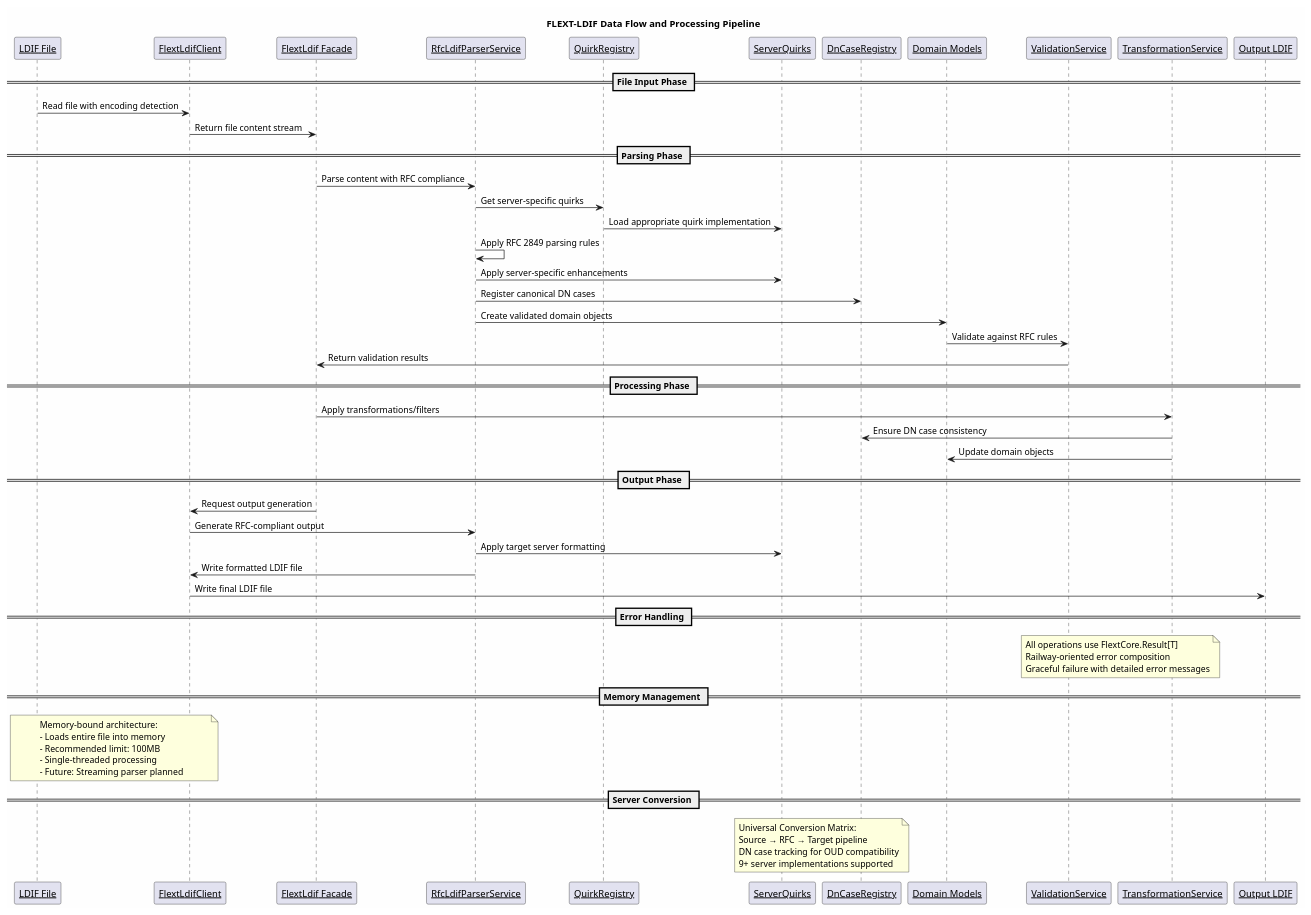
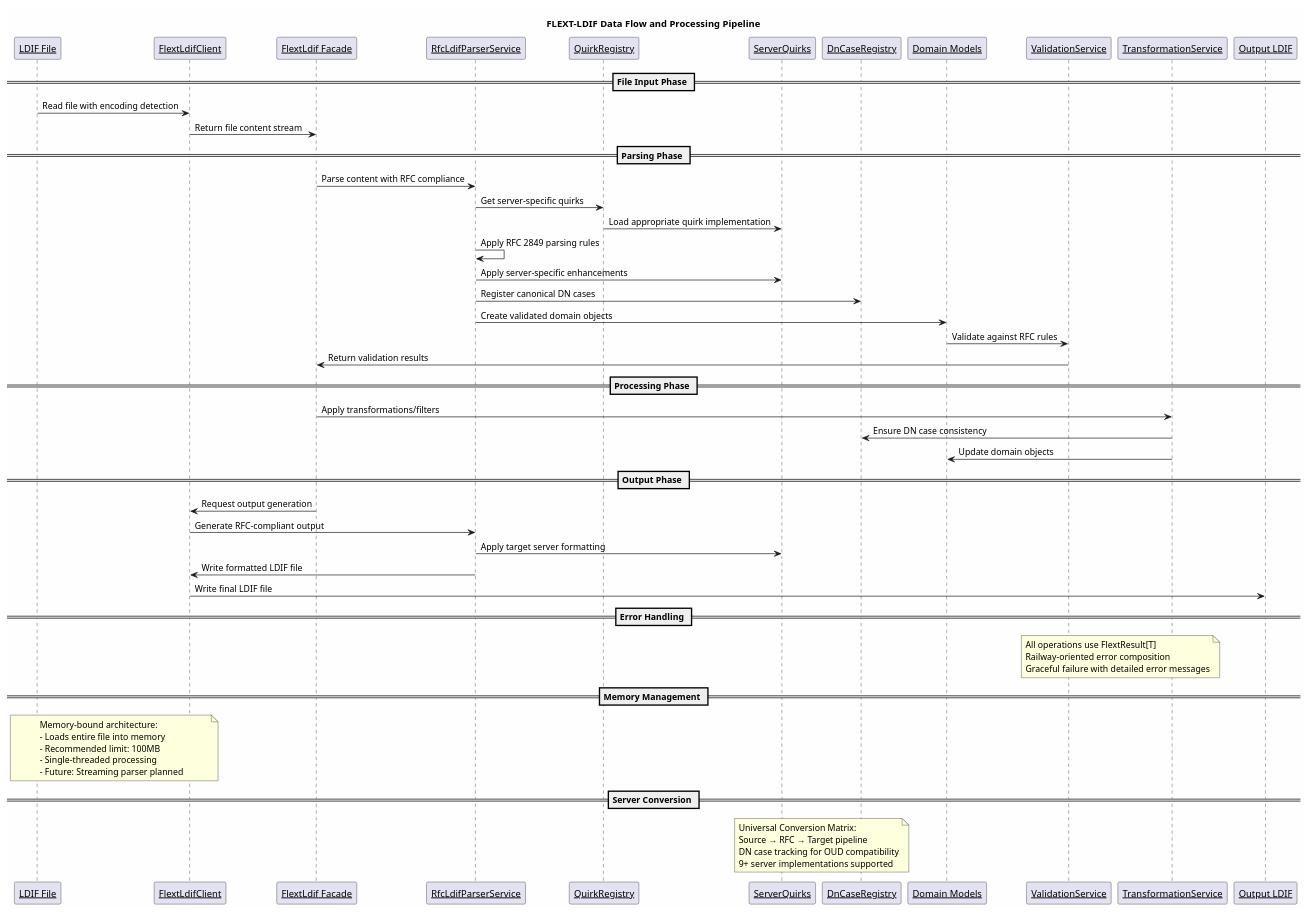
The diagram in docs/diagrams/data-flow-architecture.puml (flext-sh/flext-ldif), drawn with PlantUML before and after one commit. The commit also changed 153 other files, not shown here.

```diff
--- a/docs/diagrams/data-flow-architecture.puml
+++ b/docs/diagrams/data-flow-architecture.puml
@@ -1,74 +1,74 @@
 @startuml FLEXT-LDIF Data Flow Architecture
 
 title FLEXT-LDIF Data Flow and Processing Pipeline
 
 skinparam backgroundColor #FEFEFE
 skinparam sequenceParticipant underline
 
 participant "LDIF File" as File
 participant "FlextLdifClient" as Client
 participant "FlextLdif Facade" as Facade
 participant "RfcLdifParserService" as Parser
 participant "QuirkRegistry" as Registry
 participant "ServerQuirks" as Quirks
 participant "DnCaseRegistry" as DnRegistry
 participant "Domain Models" as Models
 participant "ValidationService" as Validator
 participant "TransformationService" as Transformer
 participant "Output LDIF" as Output
 
 == File Input Phase ==
 File -> Client: Read file with encoding detection
 Client -> Facade: Return file content stream
 
 == Parsing Phase ==
 Facade -> Parser: Parse content with RFC compliance
 Parser -> Registry: Get server-specific quirks
 Registry -> Quirks: Load appropriate quirk implementation
 
 Parser -> Parser: Apply RFC 2849 parsing rules
 Parser -> Quirks: Apply server-specific enhancements
 Parser -> DnRegistry: Register canonical DN cases
 
 Parser -> Models: Create validated domain objects
 Models -> Validator: Validate against RFC rules
 Validator -> Facade: Return validation results
 
 == Processing Phase ==
 Facade -> Transformer: Apply transformations/filters
 Transformer -> DnRegistry: Ensure DN case consistency
 Transformer -> Models: Update domain objects
 
 == Output Phase ==
 Facade -> Client: Request output generation
 Client -> Parser: Generate RFC-compliant output
 Parser -> Quirks: Apply target server formatting
 Parser -> Client: Write formatted LDIF file
 
 Client -> Output: Write final LDIF file
 
 == Error Handling ==
 note over Validator, Transformer
-    All operations use FlextCore.Result[T]
+    All operations use FlextResult[T]
     Railway-oriented error composition
     Graceful failure with detailed error messages
 end note
 
 == Memory Management ==
 note over File, Client
     Memory-bound architecture:
     - Loads entire file into memory
     - Recommended limit: 100MB
     - Single-threaded processing
     - Future: Streaming parser planned
 end note
 
 == Server Conversion ==
 note over Quirks, DnRegistry
     Universal Conversion Matrix:
     Source → RFC → Target pipeline
     DN case tracking for OUD compatibility
     9+ server implementations supported
 end note
 
 @enduml
```
